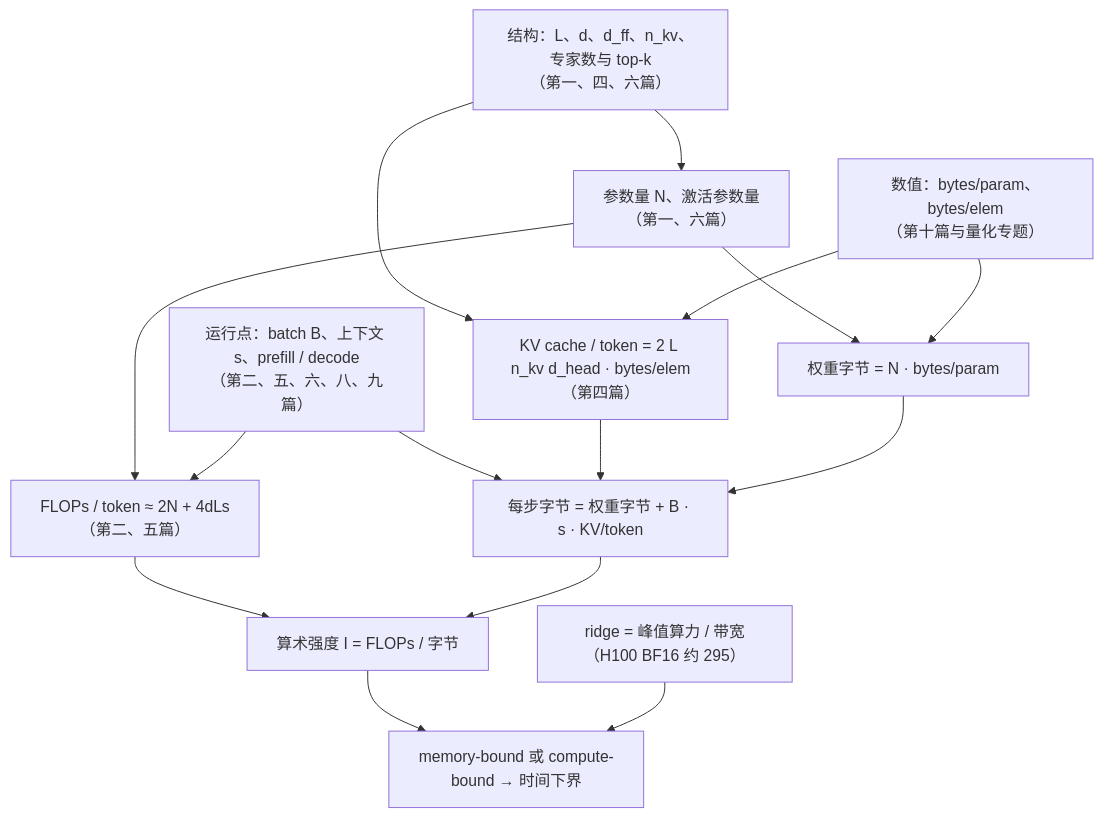
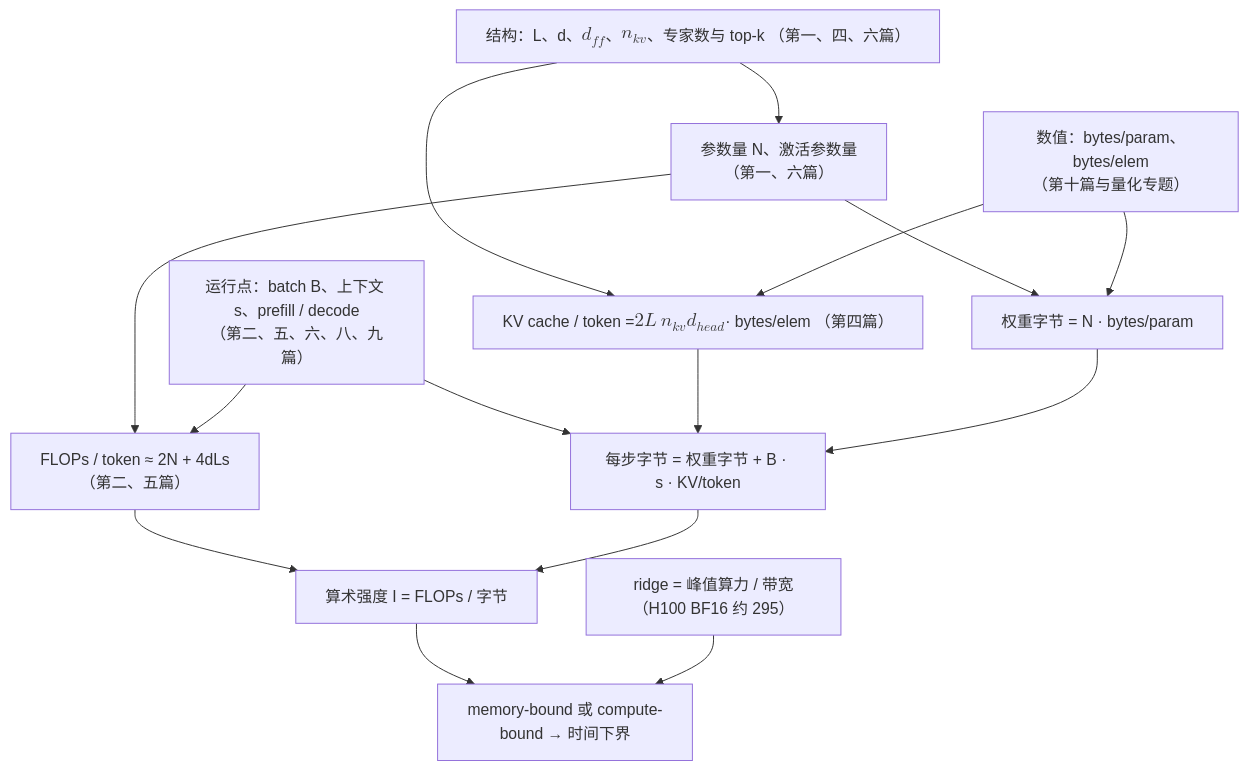
One commit to arganzheng/arganzheng.github.com changed the second of 2 diagrams in _posts/2026-04-09-transformer-and-llm-series-recap-and-self-test.md. Above: the diagram before and after it, drawn with Mermaid.

Commit message:
现代 LLM 结构：系列总结与通关自测：Mermaid 伪公式改用 KaTeX
Mermaid 里的伪公式（Unicode 上下标、下划线下标、ᵀ、帽子 / 波浪号、希腊字母变量）改为 $$…$$，按正文的写法排版：
- $$d_{ff}$$
- $$n_{kv}$$
- $$2 L\, n_{kv} d_{head}$$

代码名、形状写法、只有 ² 的写法保持原样。

````diff
--- a/_posts/2026-04-09-transformer-and-llm-series-recap-and-self-test.md
+++ b/_posts/2026-04-09-transformer-and-llm-series-recap-and-self-test.md
@@ -240,29 +240,29 @@
 ```mermaid
 %% 图：本系列共用的成本模型：结构与数值决定参数量、权重字节与 KV cache，运行点决定工作点，算术强度与 ridge 比较
 flowchart TB
-    S["结构：L、d、d_ff、n_kv、专家数与 top-k<br/>（第一、四、六篇）"]
+    S["结构：L、d、$$d_{ff}$$、$$n_{kv}$$、专家数与 top-k<br/>（第一、四、六篇）"]
     N["参数量 N、激活参数量<br/>（第一、六篇）"]
-    K["KV cache / token = 2 L n_kv d_head · bytes/elem<br/>（第四篇）"]
+    K["KV cache / token = $$2 L\, n_{kv} d_{head}$$ · bytes/elem<br/>（第四篇）"]
     D["数值：bytes/param、bytes/elem<br/>（第十篇与量化专题）"]
     W["权重字节 = N · bytes/param"]
     F["FLOPs / token ≈ 2N + 4dLs<br/>（第二、五篇）"]
     R["运行点：batch B、上下文 s、prefill / decode<br/>（第二、五、六、八、九篇）"]
     H["每步字节 = 权重字节 + B · s · KV/token"]
     I["算术强度 I = FLOPs / 字节"]
     G["ridge = 峰值算力 / 带宽（H100 BF16 约 295）"]
     T["memory-bound 或 compute-bound → 时间下界"]
     S --> N
     S --> K
     N --> W
     D --> W
     D --> K
     N --> F
     R --> F
     R --> H
     K --> H
     W --> H
     F --> I
     H --> I
     I --> T
     G --> T
 ```
````
